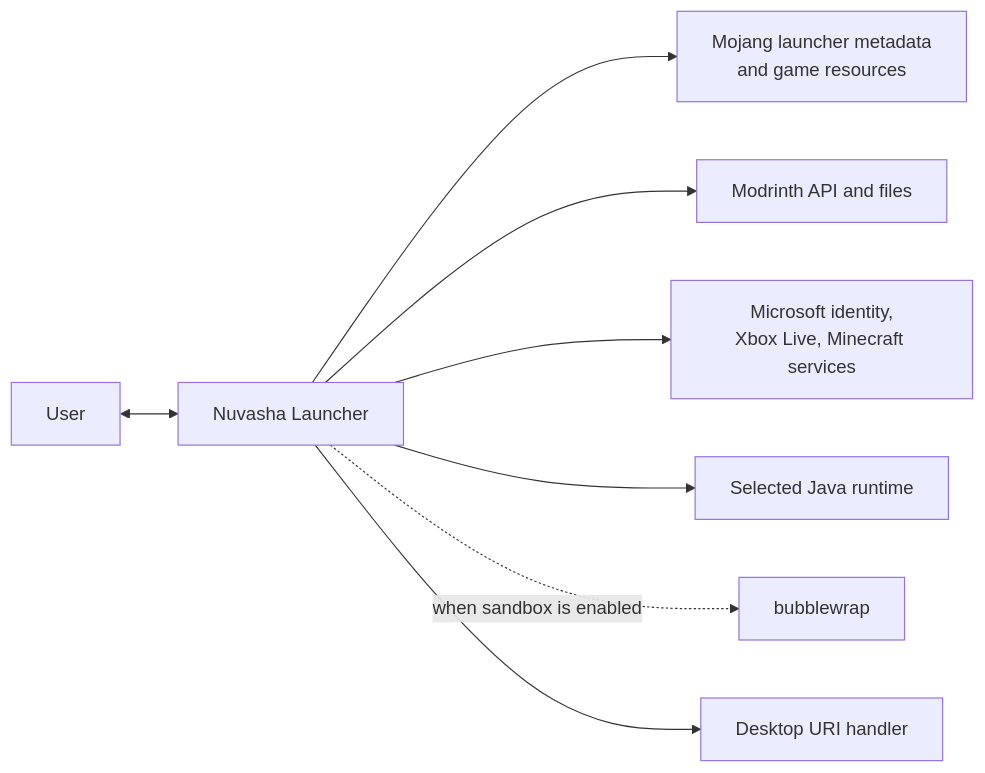
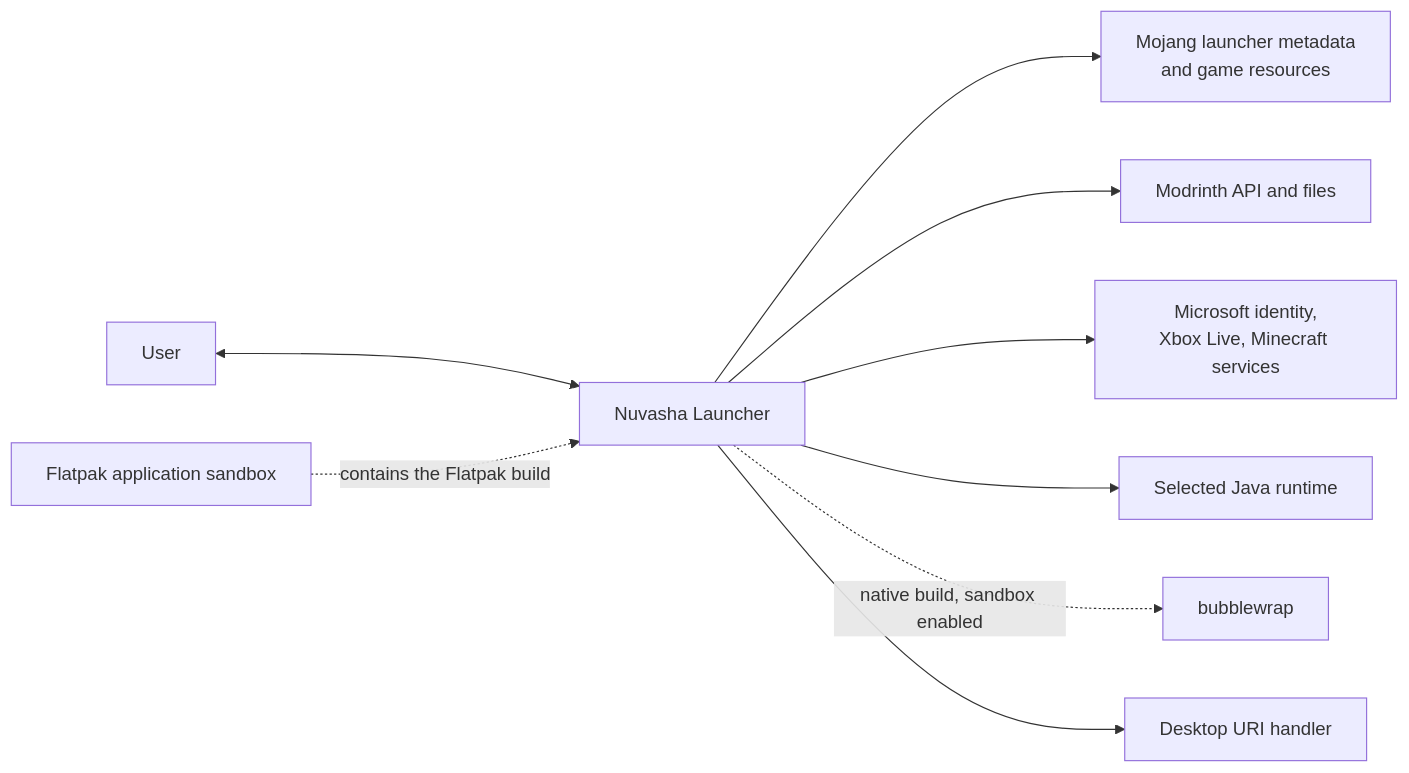
One commit to NuvashaLauncher/NuvashaLauncher changed the first of 3 diagrams in docs/architecture.md. Above: the diagram before and after it, drawn with Mermaid. The commit also changed other lines of this file and 4 other files, not shown here.

````diff
--- a/docs/architecture.md
+++ b/docs/architecture.md
@@ -38,21 +42,23 @@
 ```mermaid
 flowchart LR
     User[User]
     Nuvasha[Nuvasha Launcher]
     Mojang[Mojang launcher metadata
 and game resources]
     Modrinth[Modrinth API and files]
     Microsoft[Microsoft identity,
 Xbox Live, Minecraft services]
     Desktop[Desktop URI handler]
     Java[Selected Java runtime]
     Bwrap[bubblewrap]
+    Flatpak[Flatpak application sandbox]
 
     User <--> Nuvasha
     Nuvasha --> Mojang
     Nuvasha --> Modrinth
     Nuvasha --> Microsoft
     Nuvasha --> Java
-    Nuvasha -. when sandbox is enabled .-> Bwrap
+    Nuvasha -. native build, sandbox enabled .-> Bwrap
+    Flatpak -. contains the Flatpak build .-> Nuvasha
     Nuvasha --> Desktop
 ```
````
